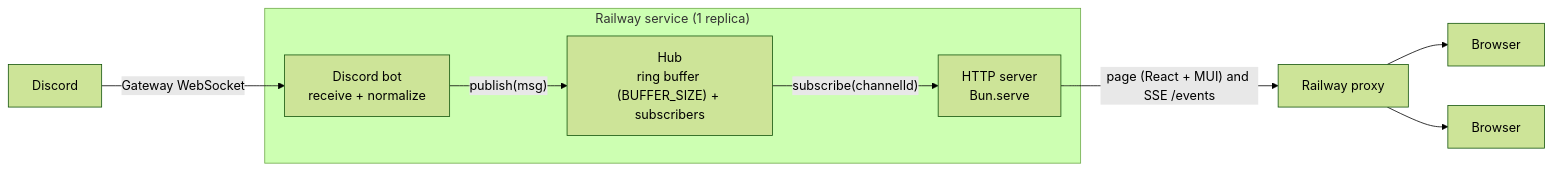
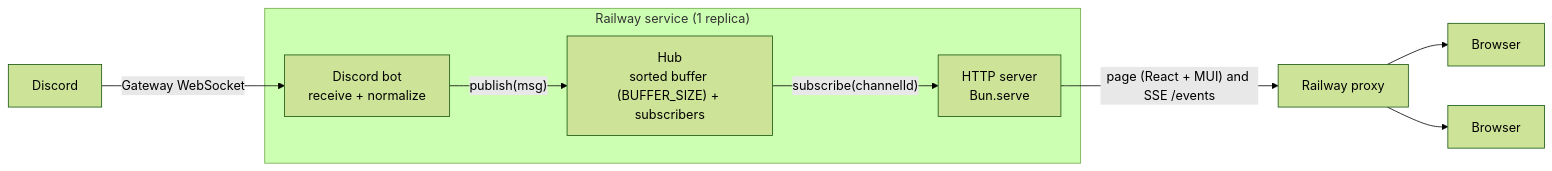
The first of 5 diagrams in docs/system-specs/architecture.md (AmitKulkarni23/discord-relay), drawn with Mermaid (forest theme) before and after one commit. The commit also changed other lines of this file and 5 other files, not shown here.

Commit message:
Document the hub's per-channel Map, its sorted-array buffer and the cost of many channels, and sketch loading older messages in the README.

````diff
--- a/docs/system-specs/architecture.md
+++ b/docs/system-specs/architecture.md
@@ -7,11 +7,11 @@
 ```mermaid
 flowchart LR
   D["Discord"] -- "Gateway WebSocket" --> B
   subgraph RW["Railway service (1 replica)"]
-    B["Discord bot<br/>receive + normalize"] -- "publish(msg)" --> H["Hub<br/>ring buffer (BUFFER_SIZE) + subscribers"]
+    B["Discord bot<br/>receive + normalize"] -- "publish(msg)" --> H["Hub<br/>sorted buffer (BUFFER_SIZE) + subscribers"]
     H -- "subscribe(channelId)" --> S["HTTP server<br/>Bun.serve"]
   end
   S -- "page (React + MUI) and SSE /events" --> P["Railway proxy"]
   P --> W1["Browser"]
   P --> W2["Browser"]
 ```
````
